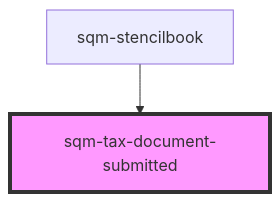
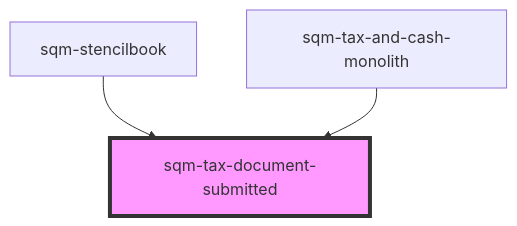
One commit to saasquatch/program-tools changed the diagram in packages/mint-components/src/components/tax-and-cash/sqm-tax-document-submitted/readme.md. Above: the diagram before and after it, drawn with Mermaid. The commit also changed other lines of this file and 11 other files, not shown here.

Commit message:
monolith tax and cash component

````diff
--- a/packages/mint-components/src/components/tax-and-cash/sqm-tax-document-submitted/readme.md
+++ b/packages/mint-components/src/components/tax-and-cash/sqm-tax-document-submitted/readme.md
@@ -43,5 +44,6 @@
 ```mermaid
 graph TD;
   sqm-stencilbook --> sqm-tax-document-submitted
+  sqm-tax-and-cash-monolith --> sqm-tax-document-submitted
   style sqm-tax-document-submitted fill:#f9f,stroke:#333,stroke-width:4px
 ```
````
